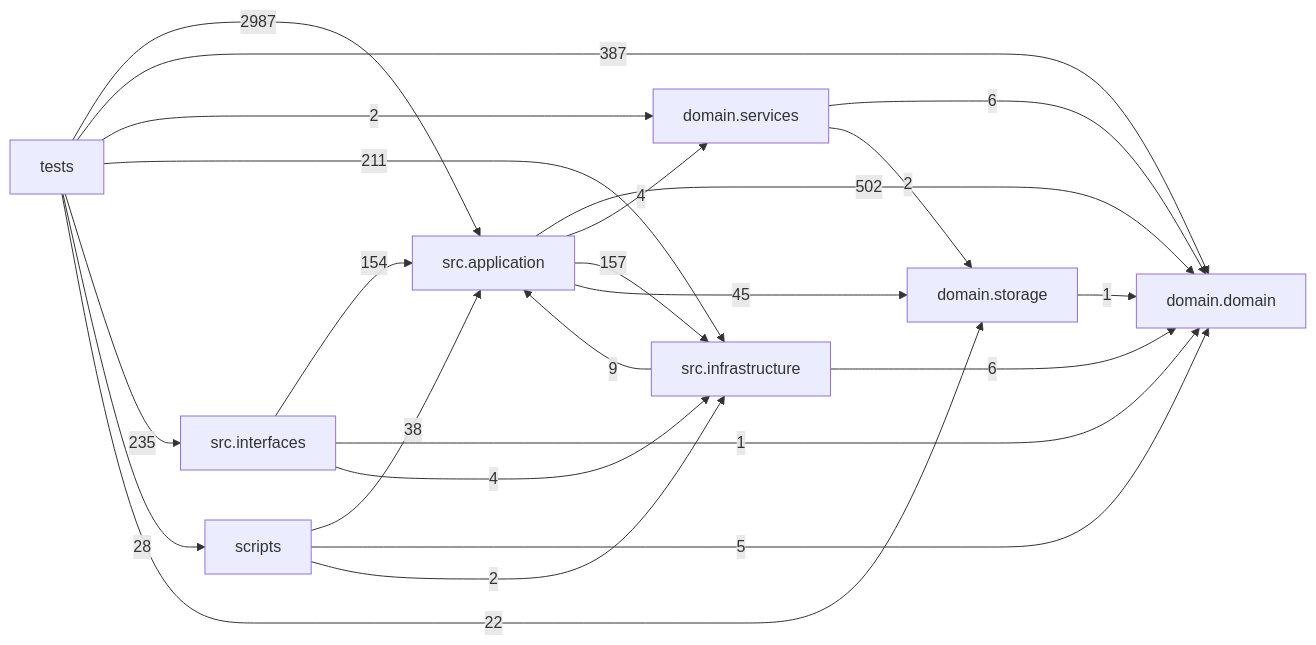
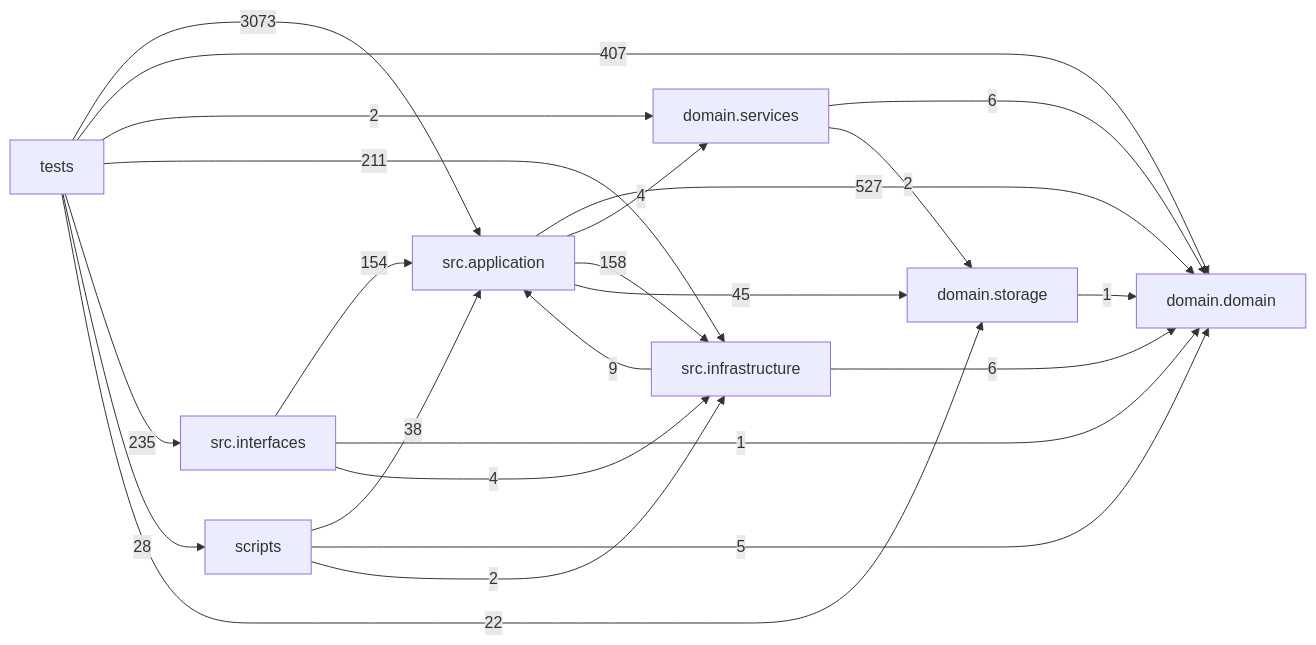
One commit to liuxie066/options-monitor changed the diagram in docs/DEPENDENCY_GRAPH.md. Above: the diagram before and after it, drawn with Mermaid. The commit also changed other lines of this file and 89 other files, not shown here.

````diff
--- a/docs/DEPENDENCY_GRAPH.md
+++ b/docs/DEPENDENCY_GRAPH.md
@@ -24,33 +24,33 @@
 ```mermaid
 flowchart LR
   tests["tests"]
   scripts["scripts"]
   interfaces["src.interfaces"]
   application["src.application"]
   infrastructure["src.infrastructure"]
   domain_services["domain.services"]
   domain["domain.domain"]
   storage["domain.storage"]
-  application -->|502| domain
+  application -->|527| domain
   application -->|4| domain_services
-  application -->|157| infrastructure
+  application -->|158| infrastructure
   application -->|45| storage
   domain_services -->|6| domain
   domain_services -->|2| storage
   infrastructure -->|9| application
   infrastructure -->|6| domain
   interfaces -->|154| application
   interfaces -->|1| domain
   interfaces -->|4| infrastructure
   scripts -->|38| application
   scripts -->|5| domain
   scripts -->|2| infrastructure
   storage -->|1| domain
-  tests -->|2987| application
-  tests -->|387| domain
+  tests -->|3073| application
+  tests -->|407| domain
   tests -->|2| domain_services
   tests -->|211| infrastructure
   tests -->|235| interfaces
   tests -->|28| scripts
   tests -->|22| storage
 ```
````
